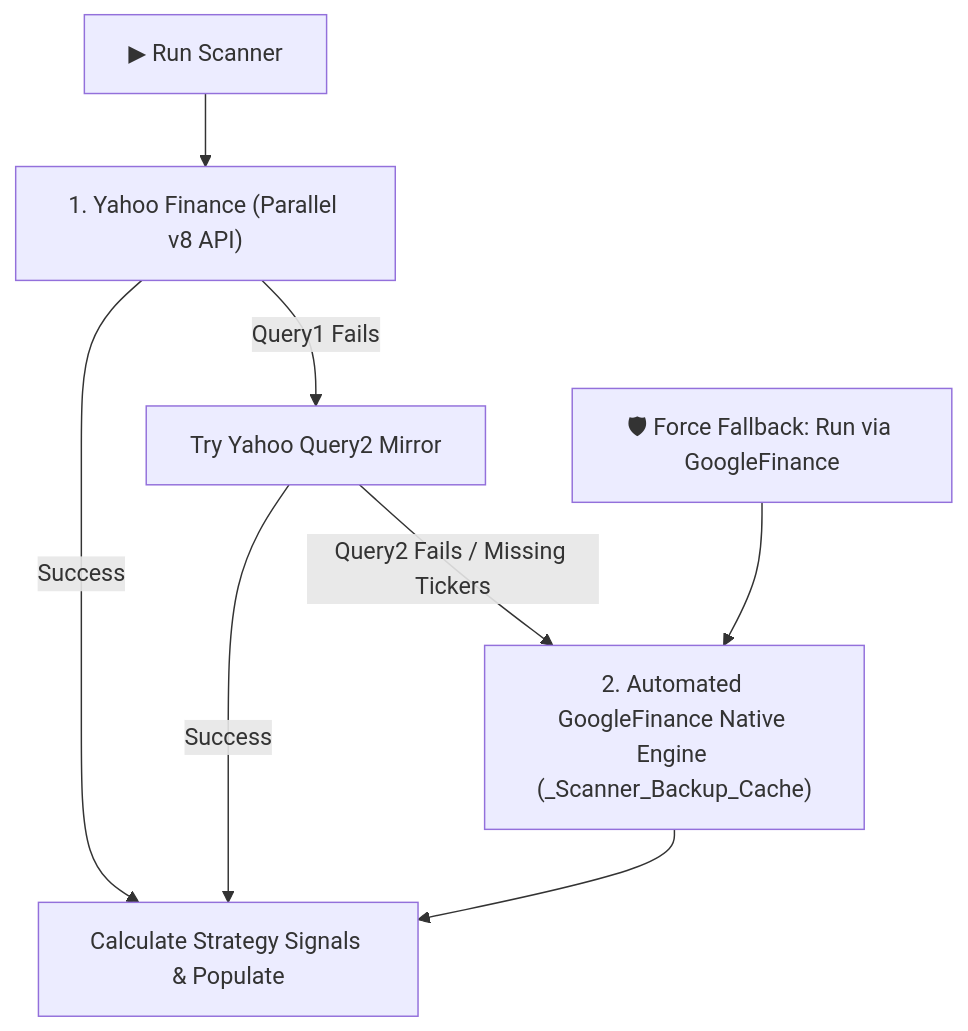
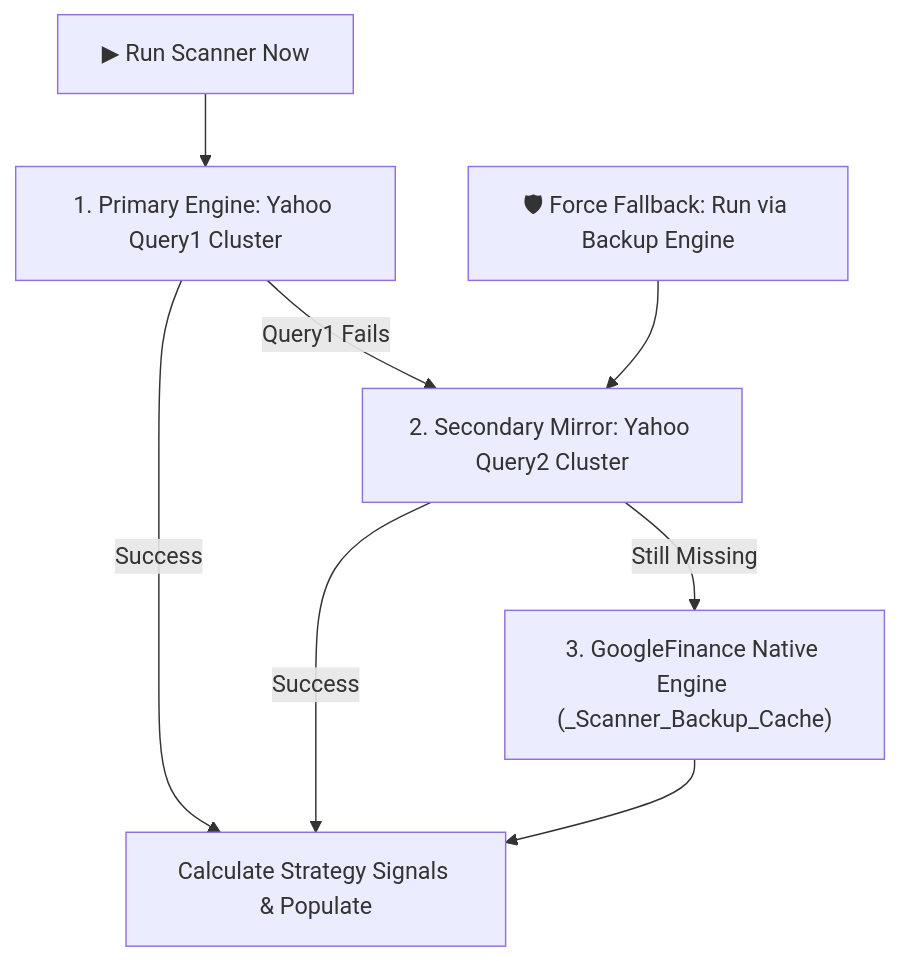
Before and after one commit to Fulera2021/Darvas-Bearish-Bullish-combo: the first of 2 diagrams in GOOGLE_SHEETS_SCANNER_GUIDE.md, drawn with Mermaid. The commit also changed other lines of this file and 12 other files, not shown here.

Commit message:
Update strategy and scanner code (exclude database cache)

````diff
--- a/GOOGLE_SHEETS_SCANNER_GUIDE.md
+++ b/GOOGLE_SHEETS_SCANNER_GUIDE.md
@@ -128,10 +128,10 @@
 ```mermaid
 flowchart TD
-    Start["▶ Run Scanner"] --> TryYF["1. Yahoo Finance (Parallel v8 API)"]
+    Start["▶ Run Scanner Now"] --> TryYF["1. Primary Engine: Yahoo Query1 Cluster"]
     TryYF -- Success --> Process["Calculate Strategy Signals & Populate"]
-    TryYF -- Query1 Fails --> TryYF2["Try Yahoo Query2 Mirror"]
+    TryYF -- Query1 Fails --> TryYF2["2. Secondary Mirror: Yahoo Query2 Cluster"]
     TryYF2 -- Success --> Process
-    TryYF2 -- Query2 Fails / Missing Tickers --> AutoGF["2. Automated GoogleFinance Native Engine (_Scanner_Backup_Cache)"]
+    TryYF2 -- Still Missing --> AutoGF["3. GoogleFinance Native Engine (_Scanner_Backup_Cache)"]
     AutoGF --> Process
-    Manual["🛡 Force Fallback: Run via GoogleFinance"] --> AutoGF
+    Manual["🛡 Force Fallback: Run via Backup Engine"] --> TryYF2
 ```
````
